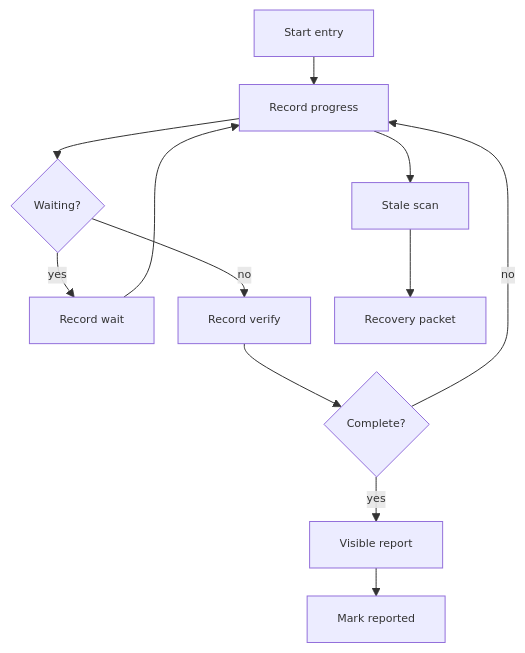
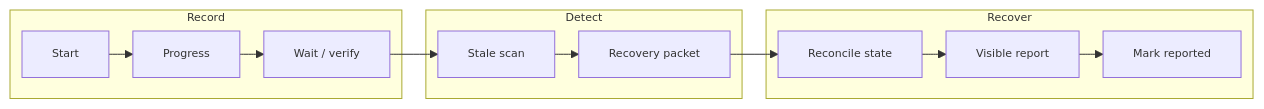
Before and after one commit to moonhwilee/openclaw-ledger: the diagram in README.md, drawn with Mermaid. The commit also changed other lines of this file and 1 other file, not shown here.

````diff
--- a/README.md
+++ b/README.md
@@ -9,15 +23,15 @@
 ```mermaid
-%%{init: {"themeVariables": {"fontSize": "11px"}, "flowchart": {"nodeSpacing": 24, "rankSpacing": 28}} }%%
-flowchart TD
-  A[Start entry] --> B[Record progress]
-  B --> C{Waiting?}
-  C -- yes --> D[Record wait]
-  C -- no --> E[Record verify]
-  D --> B
-  E --> F{Complete?}
-  F -- no --> B
-  F -- yes --> G[Visible report]
-  G --> H[Mark reported]
-  B --> I[Stale scan]
-  I --> J[Recovery packet]
+%%{init: {"themeVariables": {"fontSize": "11px"}, "flowchart": {"nodeSpacing": 22, "rankSpacing": 24}} }%%
+flowchart LR
+  subgraph R[Record]
+    A[Start] --> B[Progress] --> C[Wait / verify]
+  end
+  subgraph D[Detect]
+    E[Stale scan] --> F[Recovery packet]
+  end
+  subgraph C2[Recover]
+    G[Reconcile state] --> H[Visible report] --> I[Mark reported]
+  end
+  C --> E
+  F --> G
 ```
````
